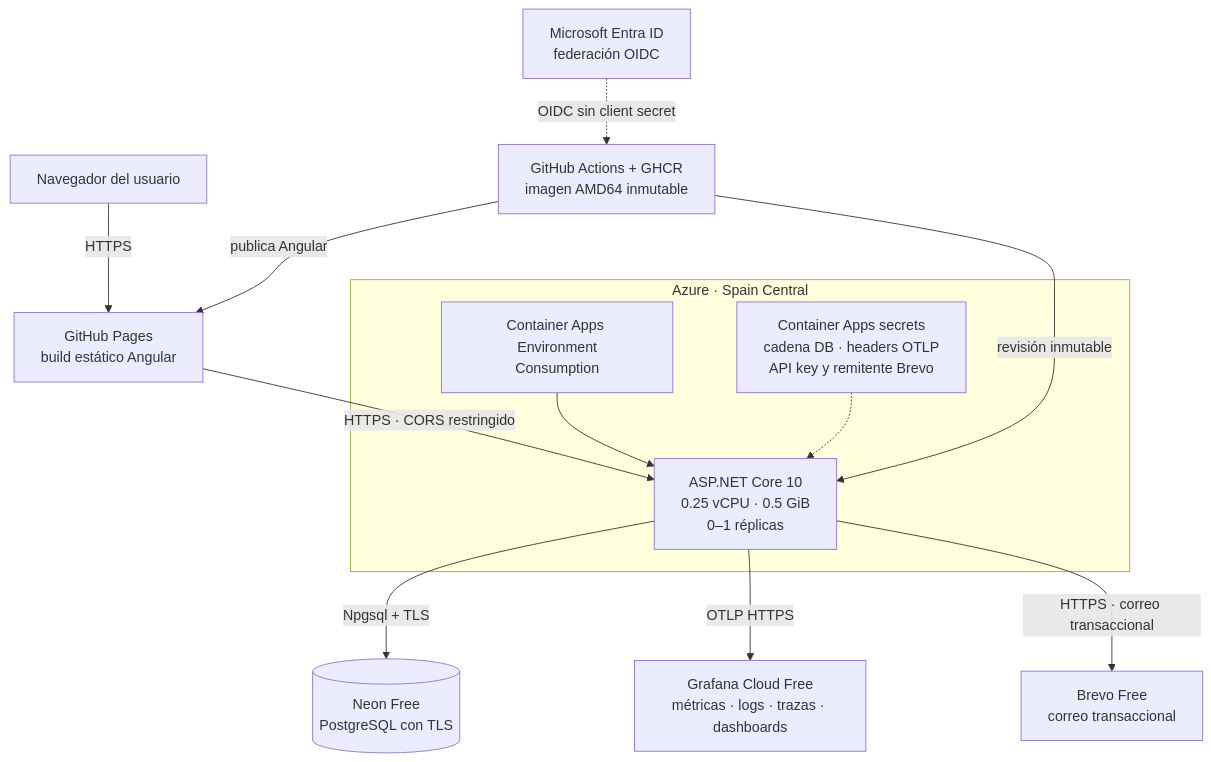
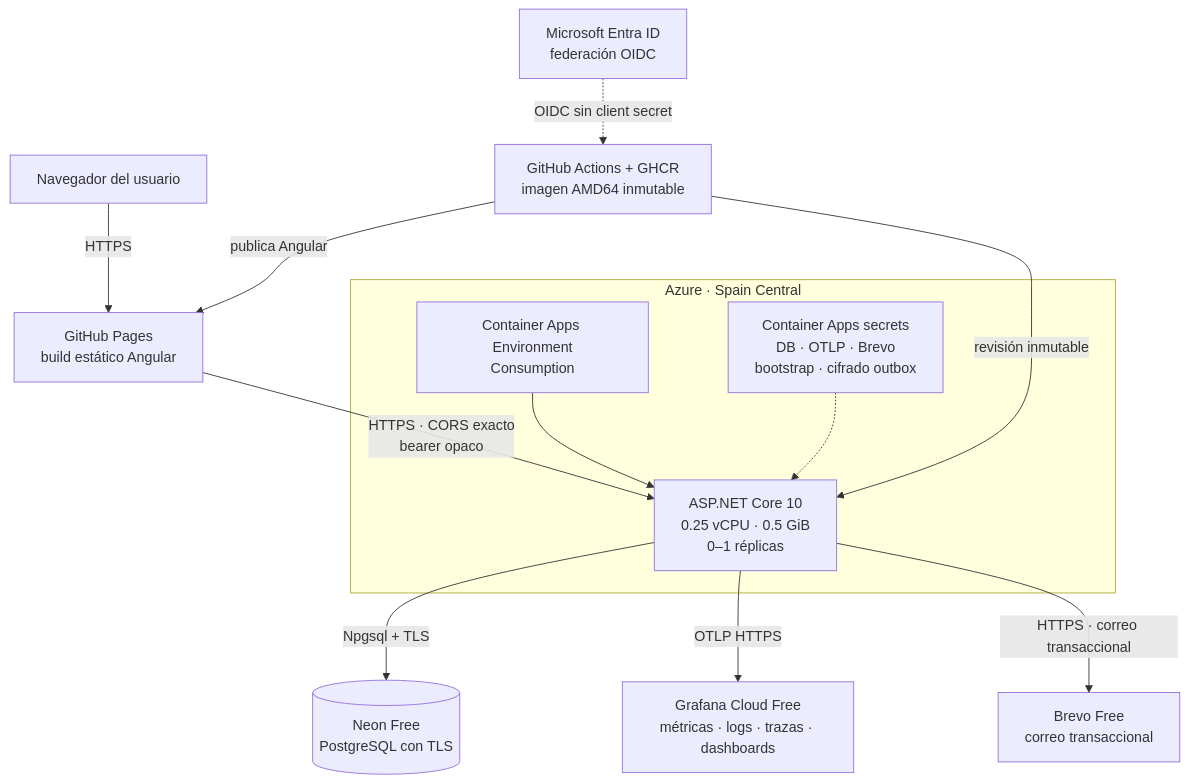
Before and after one commit to PeterBFoo/dnd-campaign-manager: the second of 2 diagrams in docs/architecture/diagrama-de-despliegue.md, drawn with Mermaid. The commit also changed other lines of this file and 65 other files, not shown here.

Commit message:
feat: implement bootstrap and invitation flow

````diff
--- a/docs/architecture/diagrama-de-despliegue.md
+++ b/docs/architecture/diagrama-de-despliegue.md
@@ -85,27 +85,27 @@
 ```mermaid
 flowchart TB
     user["Navegador del usuario"]
     github["GitHub Actions + GHCR<br/>imagen AMD64 inmutable"]
     pages["GitHub Pages<br/>build estático Angular"]
     entra["Microsoft Entra ID<br/>federación OIDC"]
     neon[("Neon Free<br/>PostgreSQL con TLS")]
     grafana["Grafana Cloud Free<br/>métricas · logs · trazas · dashboards"]
     brevo["Brevo Free<br/>correo transaccional"]
 
     subgraph azure["Azure · Spain Central"]
         environment["Container Apps Environment<br/>Consumption"]
         api_prod["ASP.NET Core 10<br/>0.25 vCPU · 0.5 GiB<br/>0–1 réplicas"]
-        secrets["Container Apps secrets<br/>cadena DB · headers OTLP<br/>API key y remitente Brevo"]
+        secrets["Container Apps secrets<br/>DB · OTLP · Brevo<br/>bootstrap · cifrado outbox"]
     end
 
     user -->|"HTTPS"| pages
-    pages -->|"HTTPS · CORS restringido"| api_prod
+    pages -->|"HTTPS · CORS exacto<br/>bearer opaco"| api_prod
     environment --> api_prod
     api_prod -->|"Npgsql + TLS"| neon
     api_prod -->|"OTLP HTTPS"| grafana
     api_prod -->|"HTTPS · correo transaccional"| brevo
     secrets -.-> api_prod
     github -->|"publica Angular"| pages
     github -->|"revisión inmutable"| api_prod
     entra -.->|"OIDC sin client secret"| github
 ```
````
